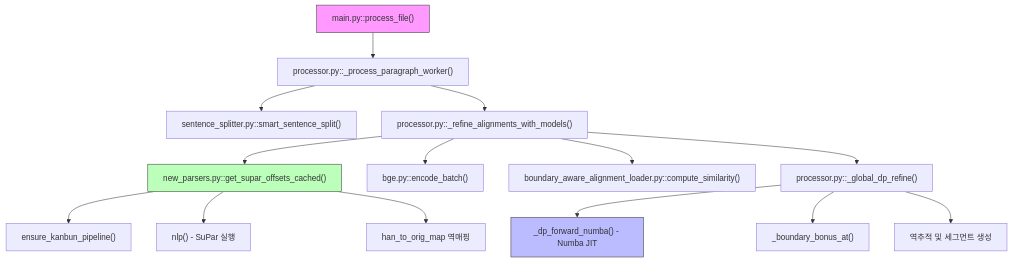
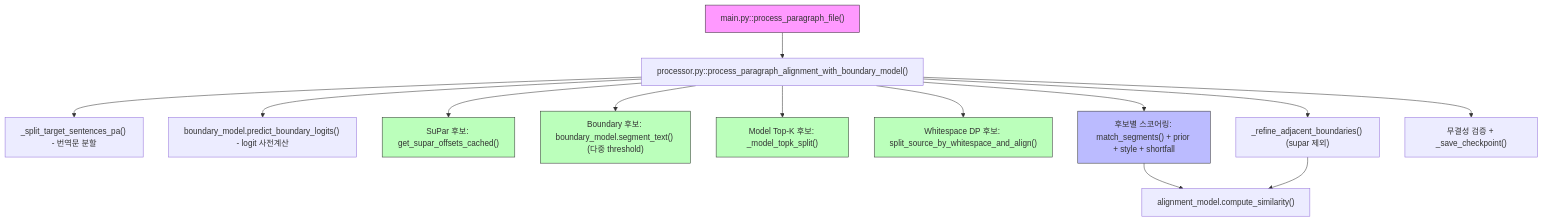
One commit to hw725/CSP changed the first of 2 diagrams in docs/P2S_CODE_ANATOMY.md. Above: the diagram before and after it, drawn with Mermaid. The commit also changed other lines of this file and 28 other files, not shown here.

````diff
--- a/docs/P2S_CODE_ANATOMY.md
+++ b/docs/P2S_CODE_ANATOMY.md
@@ -10,23 +11,27 @@
 ```mermaid
 graph TD
-    A["main.py::process_file()"] --> B["processor.py::_process_paragraph_worker()"]
-    B --> C["sentence_splitter.py::smart_sentence_split()"]
-    B --> D["processor.py::_refine_alignments_with_models()"]
+    A["main.py::process_paragraph_file()"] --> B["processor.py::process_paragraph_alignment_with_boundary_model()"]
 
-    D --> E["new_parsers.py::get_supar_offsets_cached()"]
-    D --> F["bge.py::encode_batch()"]
-    D --> G["boundary_aware_alignment_loader.py::compute_similarity()"]
-    D --> H["processor.py::_global_dp_refine()"]
+    B --> T["_split_target_sentences_pa() - 번역문 분할"]
+    B --> L["boundary_model.predict_boundary_logits() - logit 사전계산"]
 
-    E --> E1["ensure_kanbun_pipeline()"]
-    E --> E2["nlp() - SuPar 실행"]
-    E --> E3["han_to_orig_map 역매핑"]
+    B --> C1["SuPar 후보: get_supar_offsets_cached()"]
+    B --> C2["Boundary 후보: boundary_model.segment_text() (다중 threshold)"]
+    B --> C3["Model Top-K 후보: _model_topk_split()"]
+    B --> C4["Whitespace DP 후보: split_source_by_whitespace_and_align()"]
 
-    H --> H1["_dp_forward_numba() - Numba JIT"]
-    H --> H2["_boundary_bonus_at()"]
-    H --> H3["역추적 및 세그먼트 생성"]
+    B --> S["후보별 스코어링: match_segments() + prior + style + shortfall"]
+    S --> M["alignment_model.compute_similarity()"]
+
+    B --> R["_refine_adjacent_boundaries() (supar 제외)"]
+    R --> M
+
+    B --> V["무결성 검증 + _save_checkpoint()"]
 
     style A fill:#f9f,stroke:#333
-    style H1 fill:#bbf,stroke:#333
-    style E fill:#bfb,stroke:#333
+    style S fill:#bbf,stroke:#333
+    style C1 fill:#bfb,stroke:#333
+    style C2 fill:#bfb,stroke:#333
+    style C3 fill:#bfb,stroke:#333
+    style C4 fill:#bfb,stroke:#333
 ```
````
